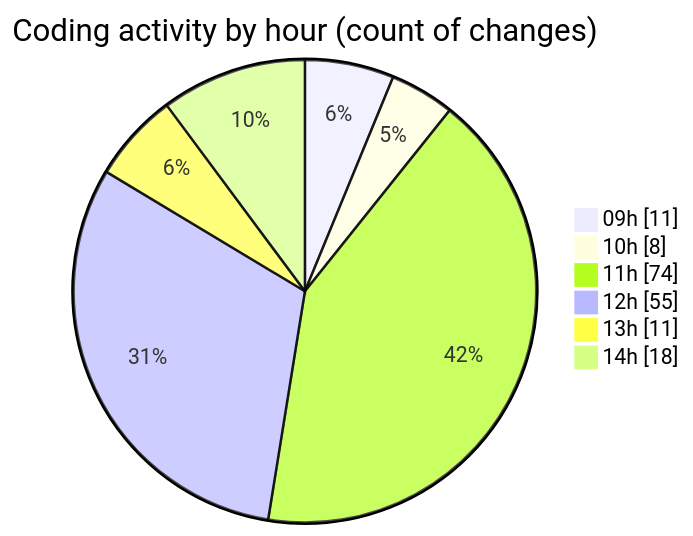
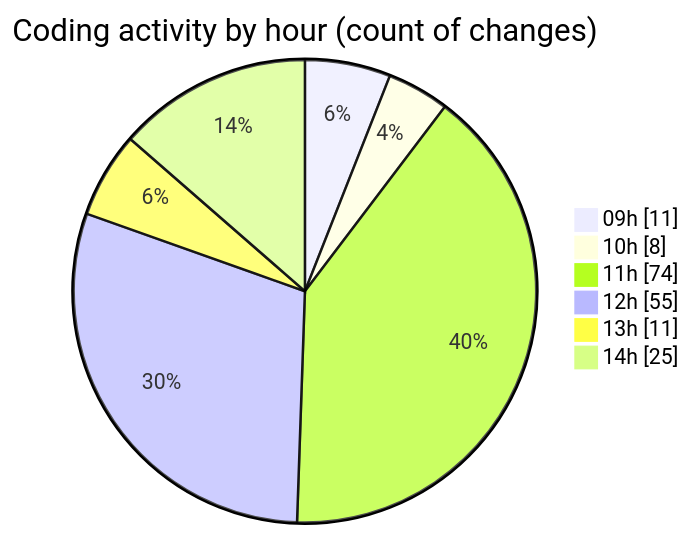
The second of 2 diagrams in 2025-10-30/cda/README.md (momahboobian/code-tracking), drawn with Mermaid before and after one commit. The commit also changed other lines of this file and 1 other file, not shown here.

````diff
--- a/2025-10-30/cda/README.md
+++ b/2025-10-30/cda/README.md
@@ -39,10 +39,10 @@
 ```mermaid
 pie showData
 title Coding activity by hour (count of changes)
 "09h" : 11
 "10h" : 8
 "11h" : 74
 "12h" : 55
 "13h" : 11
-"14h" : 18
+"14h" : 25
 ```
````
